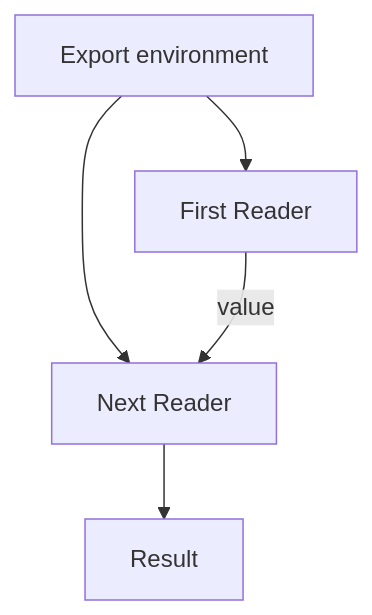
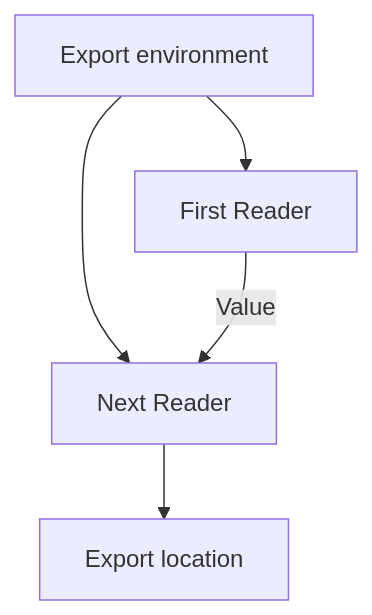
Before and after one commit to pplnd/core: the diagram in docs/src/content/docs/guides/reader.md, drawn with Mermaid. The commit also changed other lines of this file and 63 other files, not shown here.

````diff
--- a/docs/src/content/docs/guides/reader.md
+++ b/docs/src/content/docs/guides/reader.md
@@ -30,7 +42,7 @@
 ```mermaid
 flowchart TD
   Env["Export environment"] --> First["First Reader"]
   Env --> Next["Next Reader"]
-  First -->|value| Next
-  Next --> Output["Result"]
+  First -->|Value| Next
+  Next --> Output["Export location"]
 ```
````
